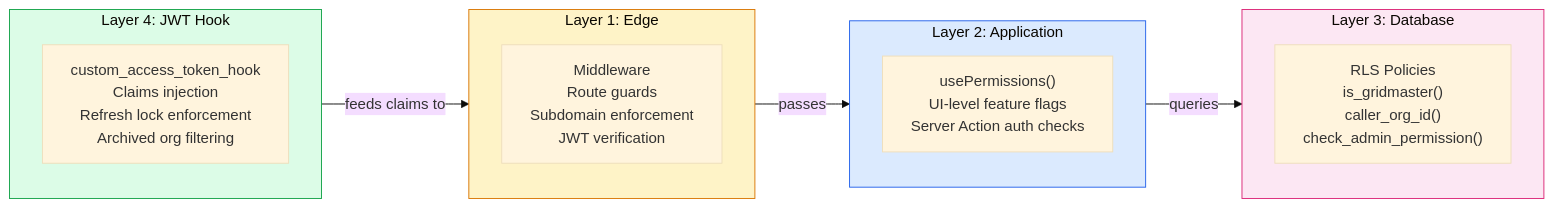
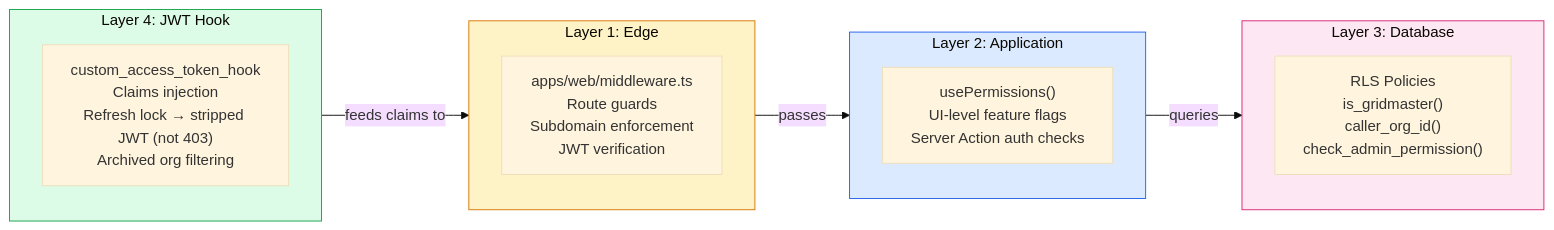
Diagram 13 of 13 in SYSTEM_FLOWCHARTS.md (nickosmas/dub-grid), drawn with Mermaid (base theme) before and after one commit. The commit also changed other lines of this file and 10 other files, not shown here.

````diff
--- a/SYSTEM_FLOWCHARTS.md
+++ b/SYSTEM_FLOWCHARTS.md
@@ -828,27 +1048,27 @@
 ```mermaid
 flowchart LR
     subgraph L1["Layer 1: Edge"]
-        MW["Middleware<br/>Route guards<br/>Subdomain enforcement<br/>JWT verification"]
+        MW["apps/web/middleware.ts<br/>Route guards<br/>Subdomain enforcement<br/>JWT verification"]
     end
 
     subgraph L2["Layer 2: Application"]
         PERMS["usePermissions()<br/>UI-level feature flags<br/>Server Action auth checks"]
     end
 
     subgraph L3["Layer 3: Database"]
         RLSP["RLS Policies<br/>is_gridmaster()<br/>caller_org_id()<br/>check_admin_permission()"]
     end
 
     subgraph L4["Layer 4: JWT Hook"]
-        HOOK["custom_access_token_hook<br/>Claims injection<br/>Refresh lock enforcement<br/>Archived org filtering"]
+        HOOK["custom_access_token_hook<br/>Claims injection<br/>Refresh lock → stripped JWT (not 403)<br/>Archived org filtering"]
     end
 
     L1 -->|"passes"| L2
     L2 -->|"queries"| L3
     L4 -->|"feeds claims to"| L1
 
     style L1 fill:#fef3c7,stroke:#d97706
     style L2 fill:#dbeafe,stroke:#2563eb
     style L3 fill:#fce7f3,stroke:#db2777
     style L4 fill:#dcfce7,stroke:#16a34a
 ```
````
